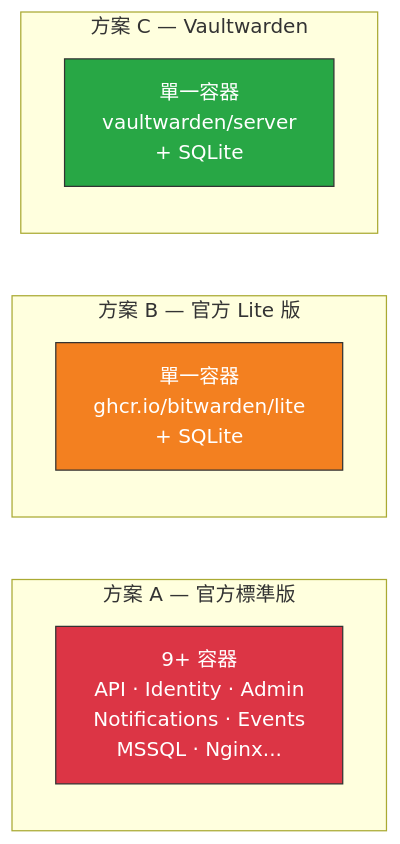
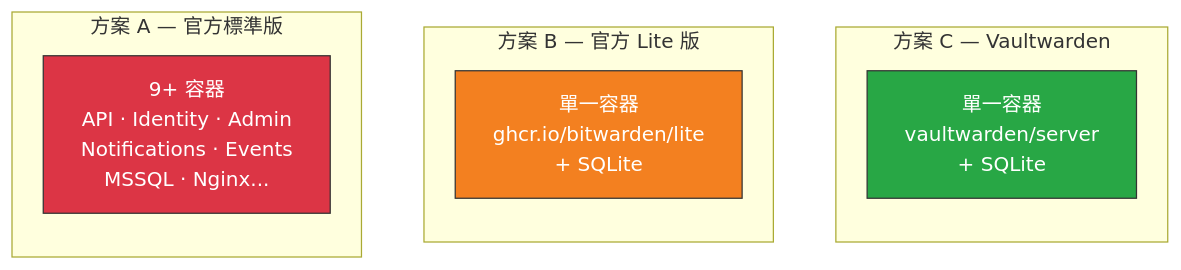
One commit to felimet/bitwarden-server changed the first of 2 diagrams in docs/evaluation.md. Above: the diagram before and after it, drawn with Mermaid. The commit also changed other lines of this file and 1 other file, not shown here.

Commit message:
docs: update flowchart layouts for evaluation and standard deployment

````diff
--- a/docs/evaluation.md
+++ b/docs/evaluation.md
@@ -21,20 +20,23 @@
 ```mermaid
 graph LR
     subgraph "方案 A — 官方標準版"
         A1["9+ 容器<br/>API · Identity · Admin<br/>Notifications · Events<br/>MSSQL · Nginx..."]
     end
     subgraph "方案 B — 官方 Lite 版"
         B1["單一容器<br/>ghcr.io/bitwarden/lite<br/>+ SQLite"]
     end
     subgraph "方案 C — Vaultwarden"
         C1["單一容器<br/>vaultwarden/server<br/>+ SQLite"]
     end
 
+    A1 ~~~ B1
+    B1 ~~~ C1
+
     classDef heavy fill:#dc3545,stroke:#333,color:#fff
     classDef medium fill:#F38020,stroke:#333,color:#fff
     classDef light fill:#28a745,stroke:#333,color:#fff
 
     class A1 heavy
     class B1 medium
     class C1 light
 ```
````
